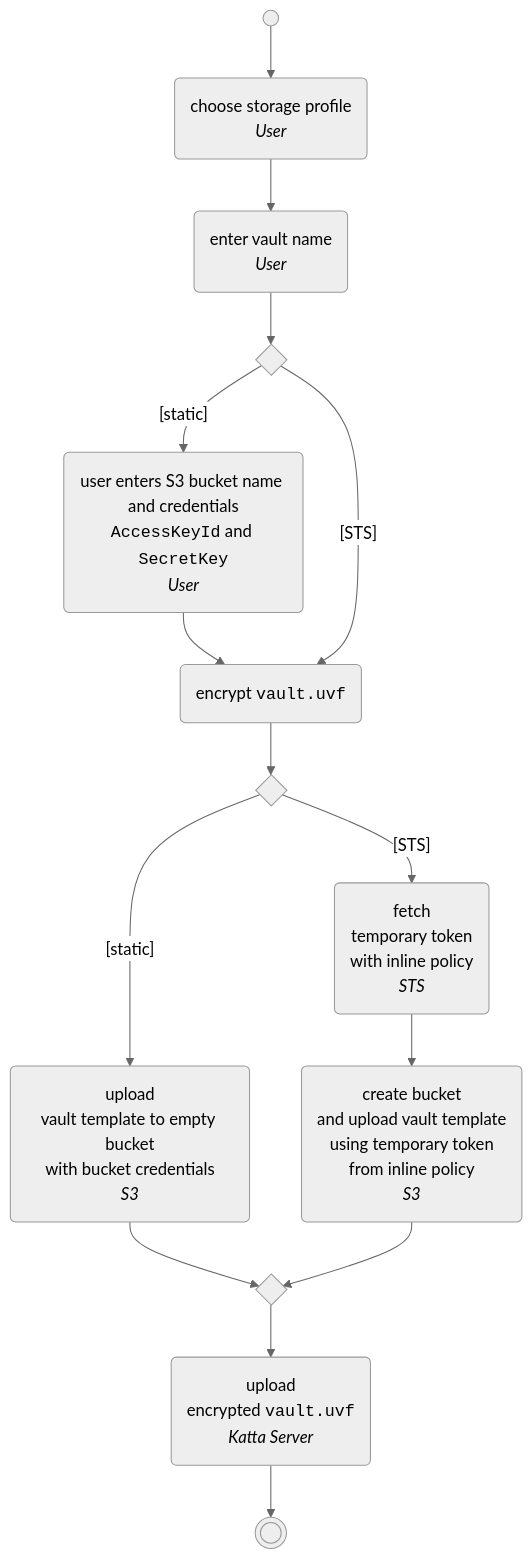
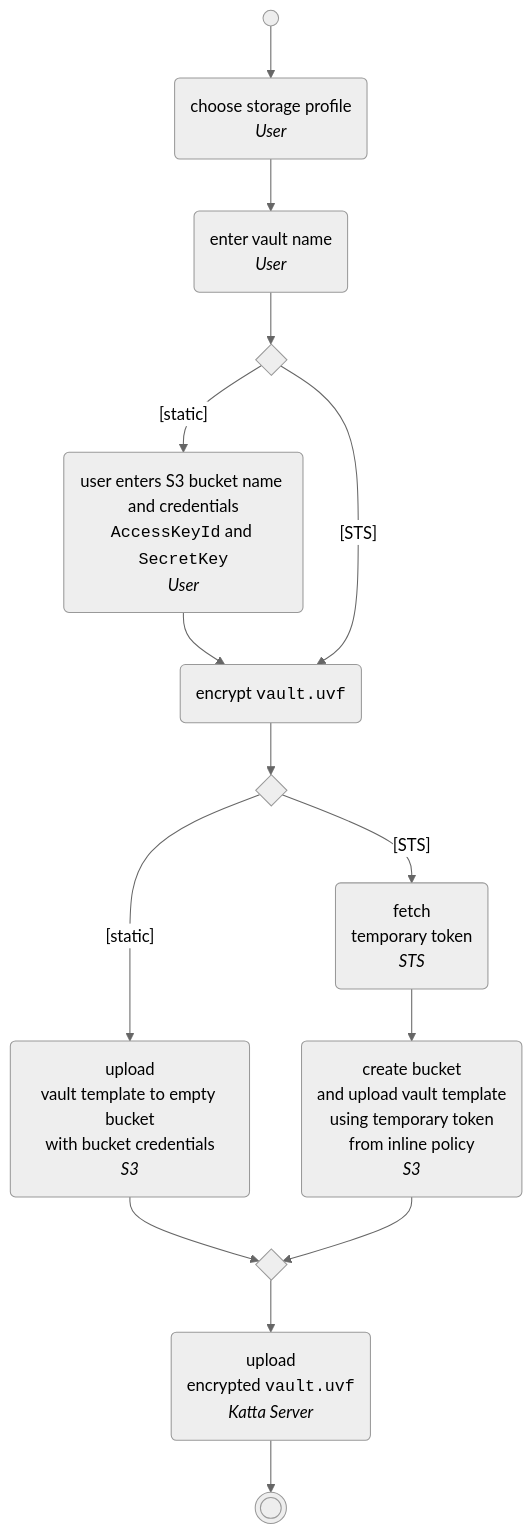
Before and after one commit to shift7-ch/katta-docs: the third of 3 diagrams in docs/architecture/vault-creation.md, drawn with Mermaid (neutral theme).

Commit message:
No inline policy.

````diff
--- a/docs/architecture/vault-creation.md
+++ b/docs/architecture/vault-creation.md
@@ -90,24 +90,24 @@
 ```mermaid
 flowchart TB
     start(( ))
     profile("choose storage profile<br/><i>User</i>")
     name("enter vault name<br/><i>User</i>")
     mode1{" "}
     creds("user enters S3 bucket name and credentials<br/><code>AccessKeyId</code> and <code>SecretKey</code><br/><i>User</i>")
     encrypt("encrypt <code>vault.uvf</code>")
     mode2{" "}
     staticUpload("upload<br/>vault template to empty bucket<br/>with bucket credentials<br/><i>S3</i>")
-    stsToken("fetch<br/>temporary token<br/>with inline policy<br/><i>STS</i>")
+    stsToken("fetch<br/>temporary token<br/><i>STS</i>")
     stsUpload("create bucket<br/>and upload vault template<br/>using temporary token<br/>from inline policy<br/><i>S3</i>")
     join{" "}
     final("upload<br/>encrypted <code>vault.uvf</code><br/><i>Katta Server</i>")
     stop((( )))
 
     start --> profile --> name --> mode1
     mode1 -- "[static]" --> creds --> encrypt
     mode1 -- "[STS]" --> encrypt
     encrypt --> mode2
     mode2 -- "[static]" --> staticUpload --> join
     mode2 -- "[STS]" --> stsToken --> stsUpload --> join
     join --> final --> stop
 ```
````
